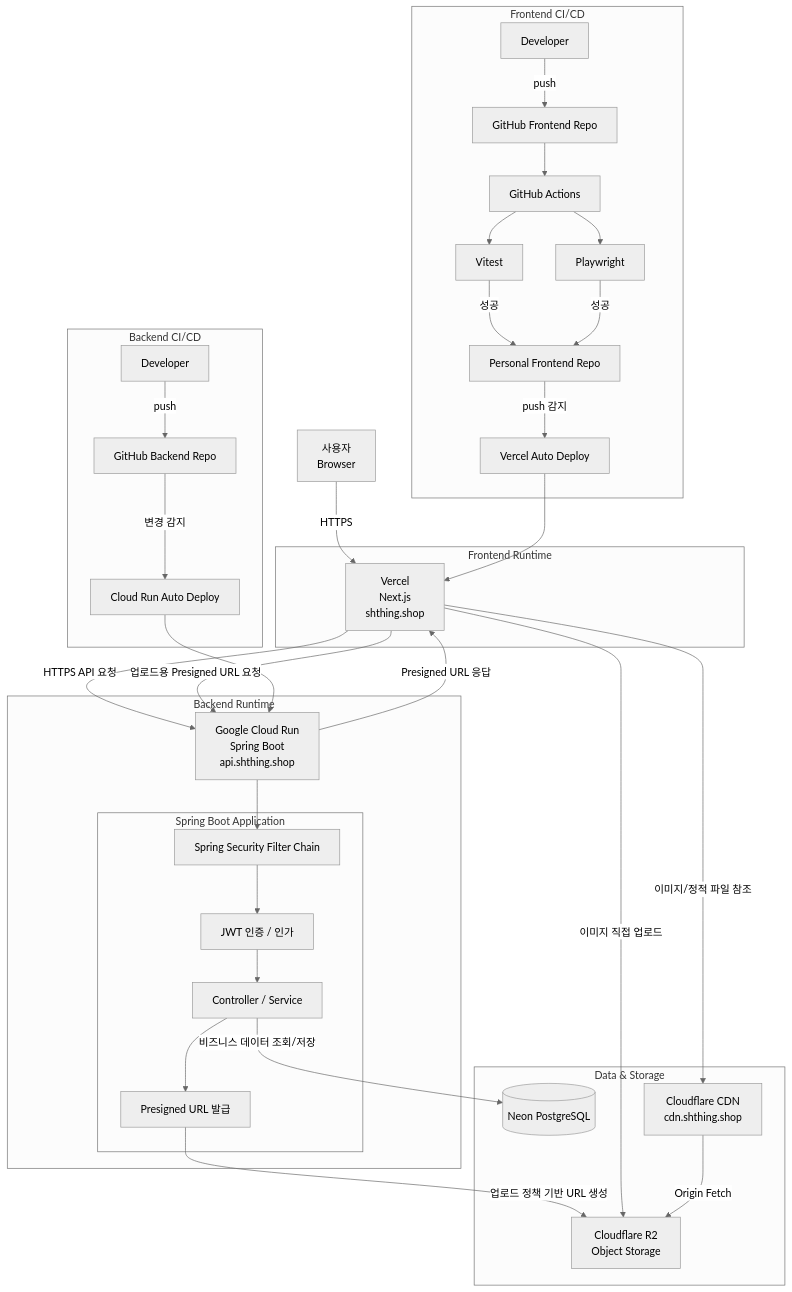
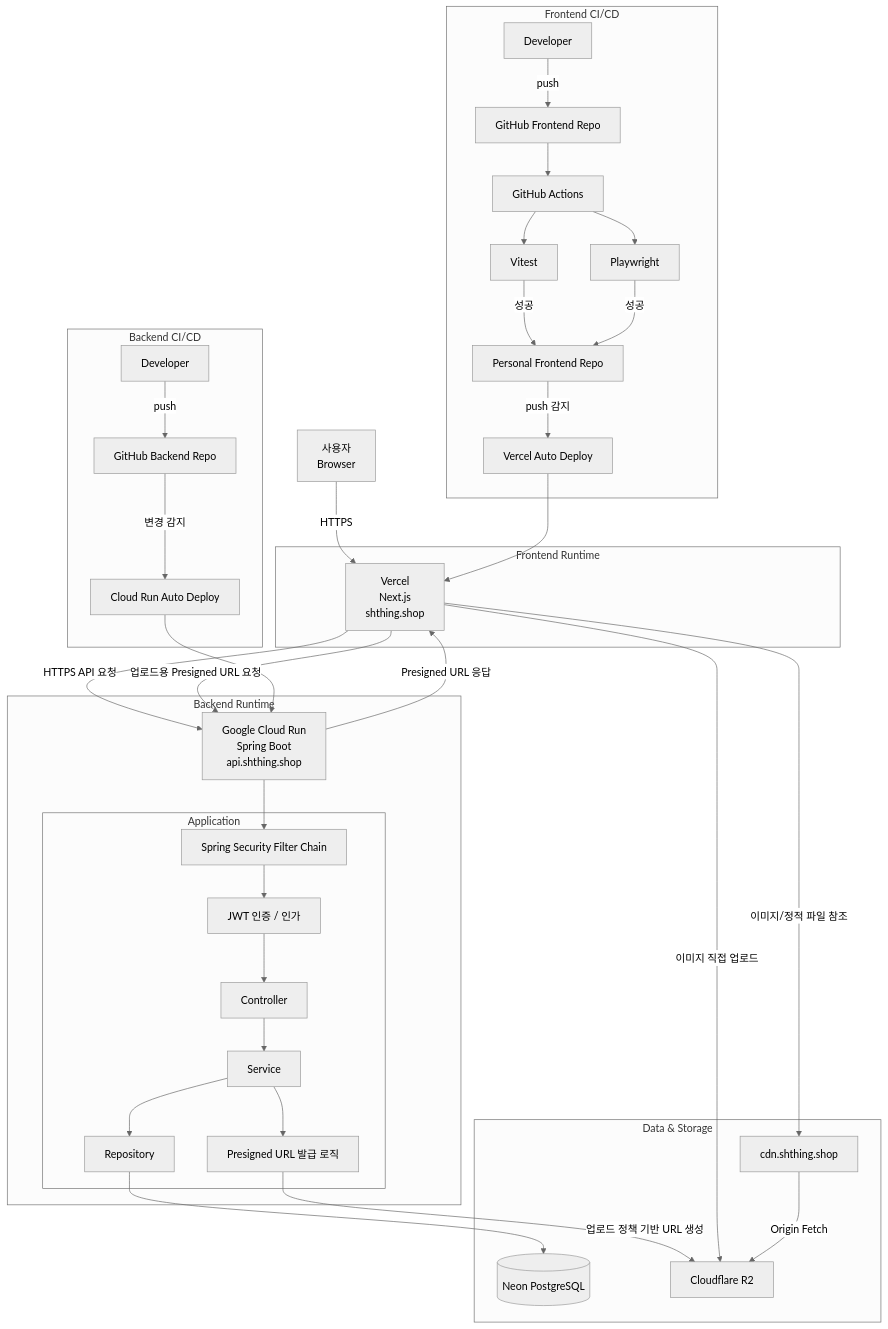
Before and after one commit to yp-un/test: the diagram in README.md, drawn with Mermaid (neutral theme).

````diff
--- a/README.md
+++ b/README.md
@@ -1,75 +1,80 @@
 ```mermaid
 flowchart TB
     U[사용자<br/>Browser]
 
     subgraph FE_RUNTIME[Frontend Runtime]
         FE[Vercel<br/>Next.js<br/>shthing.shop]
     end
 
     subgraph BE_RUNTIME[Backend Runtime]
         CR[Google Cloud Run<br/>Spring Boot<br/>api.shthing.shop]
 
-        subgraph APP[Spring Boot Application]
+        subgraph APP[Application]
             SEC[Spring Security Filter Chain]
             JWT[JWT 인증 / 인가]
-            CTRL[Controller / Service]
-            SIGN[Presigned URL 발급]
+            CTRL[Controller]
+            SVC[Service]
+            REPO[Repository]
+            SIGN[Presigned URL 발급 로직]
         end
     end
 
     subgraph DATA[Data & Storage]
         DB[(Neon PostgreSQL)]
-        R2[Cloudflare R2<br/>Object Storage]
-        CDN[Cloudflare CDN<br/>cdn.shthing.shop]
+        R2[Cloudflare R2]
+        CDN[cdn.shthing.shop]
     end
 
     subgraph FE_CICD[Frontend CI/CD]
         FED[Developer]
         FE_GH[GitHub Frontend Repo]
         GHA[GitHub Actions]
         VITEST[Vitest]
         PLAY[Playwright]
         PRIVATE[Personal Frontend Repo]
         VERCEL_DEPLOY[Vercel Auto Deploy]
     end
 
     subgraph BE_CICD[Backend CI/CD]
         BED[Developer]
         BE_GH[GitHub Backend Repo]
         CR_DEPLOY[Cloud Run Auto Deploy]
     end
 
     %% Runtime
     U -->|HTTPS| FE
     FE -->|HTTPS API 요청| CR
+
     CR --> SEC
     SEC --> JWT
     JWT --> CTRL
-    CTRL -->|비즈니스 데이터 조회/저장| DB
+    CTRL --> SVC
+    SVC --> REPO
+    REPO --> DB
 
     %% Upload flow
     FE -->|업로드용 Presigned URL 요청| CR
-    CTRL --> SIGN
+    SVC --> SIGN
     SIGN -->|업로드 정책 기반 URL 생성| R2
     CR -->|Presigned URL 응답| FE
     FE -->|이미지 직접 업로드| R2
 
     %% Asset delivery
     FE -->|이미지/정적 파일 참조| CDN
     CDN -->|Origin Fetch| R2
 
     %% FE deploy
     FED -->|push| FE_GH
     FE_GH --> GHA
     GHA --> VITEST
     GHA --> PLAY
     VITEST -->|성공| PRIVATE
     PLAY -->|성공| PRIVATE
     PRIVATE -->|push 감지| VERCEL_DEPLOY
     VERCEL_DEPLOY --> FE
 
     %% BE deploy
     BED -->|push| BE_GH
     BE_GH -->|변경 감지| CR_DEPLOY
     CR_DEPLOY --> CR
 ```
````
